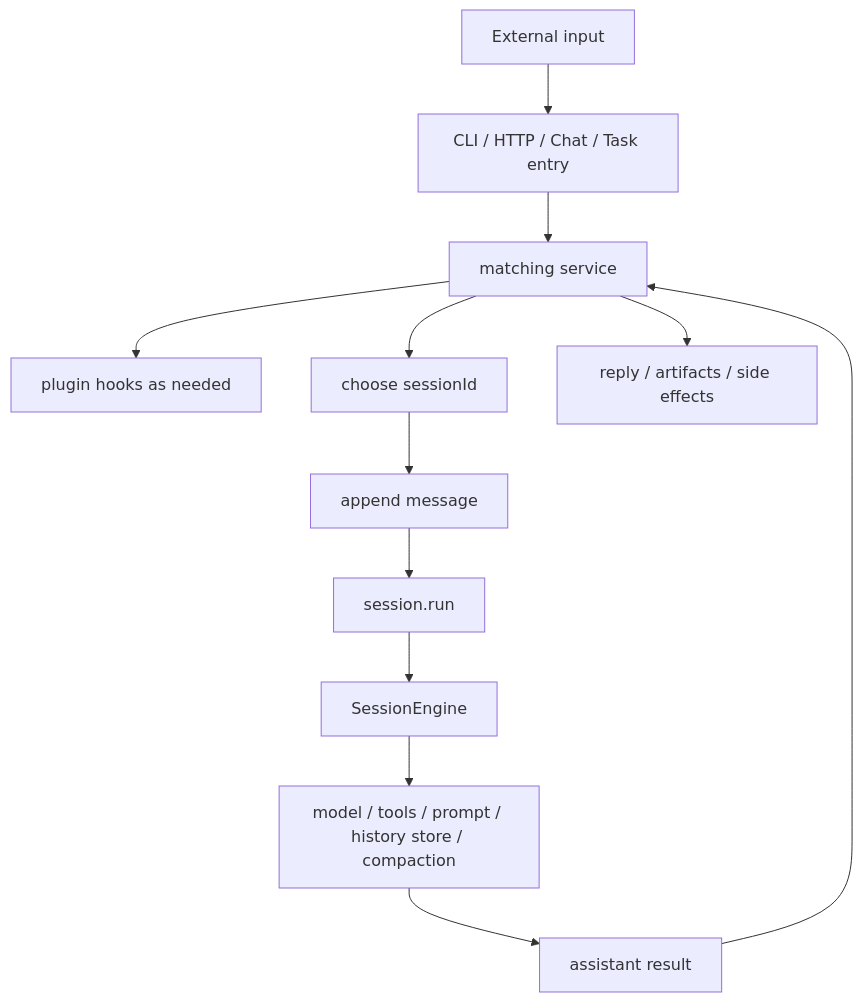
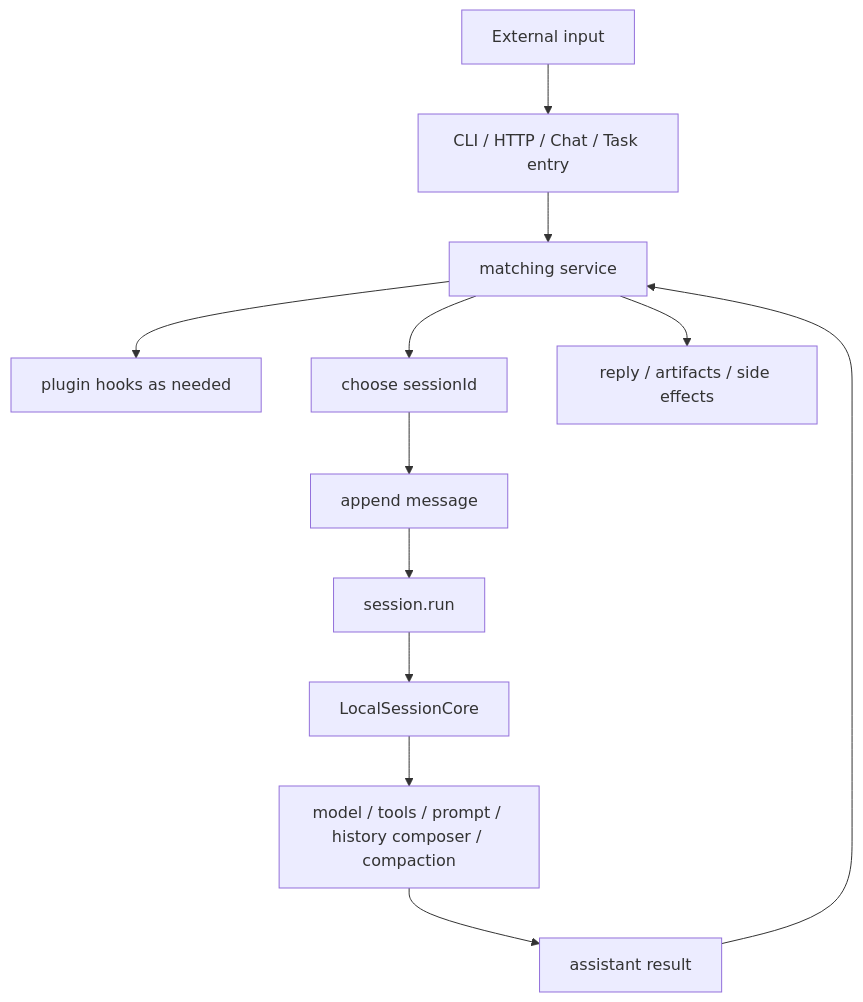
The third of 3 diagrams in homepage/content/devdocs/en/architecture/system-logic.mdx (wangenius/downcity), drawn with Mermaid before and after one commit. The commit also changed other lines of this file and 304 other files, not shown here.

Commit message:
refactor(agent): reorganize package architecture

````diff
--- a/homepage/content/devdocs/en/architecture/system-logic.mdx
+++ b/homepage/content/devdocs/en/architecture/system-logic.mdx
@@ -174,14 +173,14 @@
 ```mermaid
 flowchart TD
   IN["External input"] --> ROUTE["CLI / HTTP / Chat / Task entry"]
   ROUTE --> SERVICE["matching service"]
   SERVICE --> HOOK["plugin hooks as needed"]
   SERVICE --> SID["choose sessionId"]
   SID --> APPEND["append message"]
   APPEND --> RUN["session.run"]
-  RUN --> CORE["SessionEngine"]
-  CORE --> MODEL["model / tools / prompt / history store / compaction"]
+  RUN --> CORE["LocalSessionCore"]
+  CORE --> MODEL["model / tools / prompt / history composer / compaction"]
   MODEL --> RES["assistant result"]
   RES --> SERVICE
   SERVICE --> OUT["reply / artifacts / side effects"]
 ```
````
